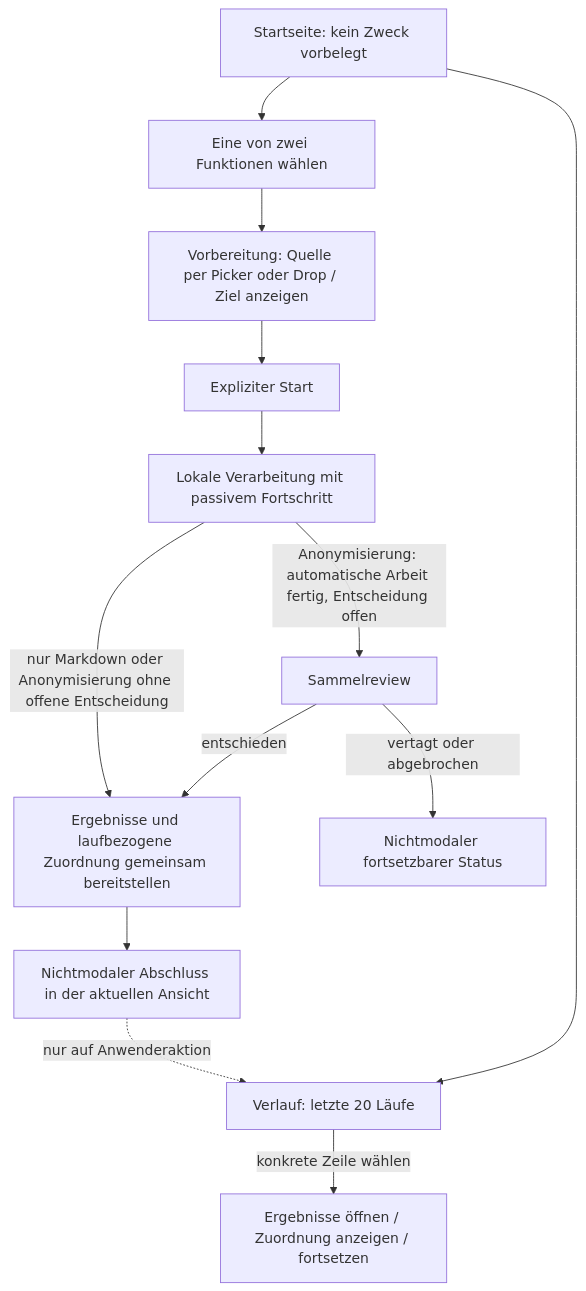
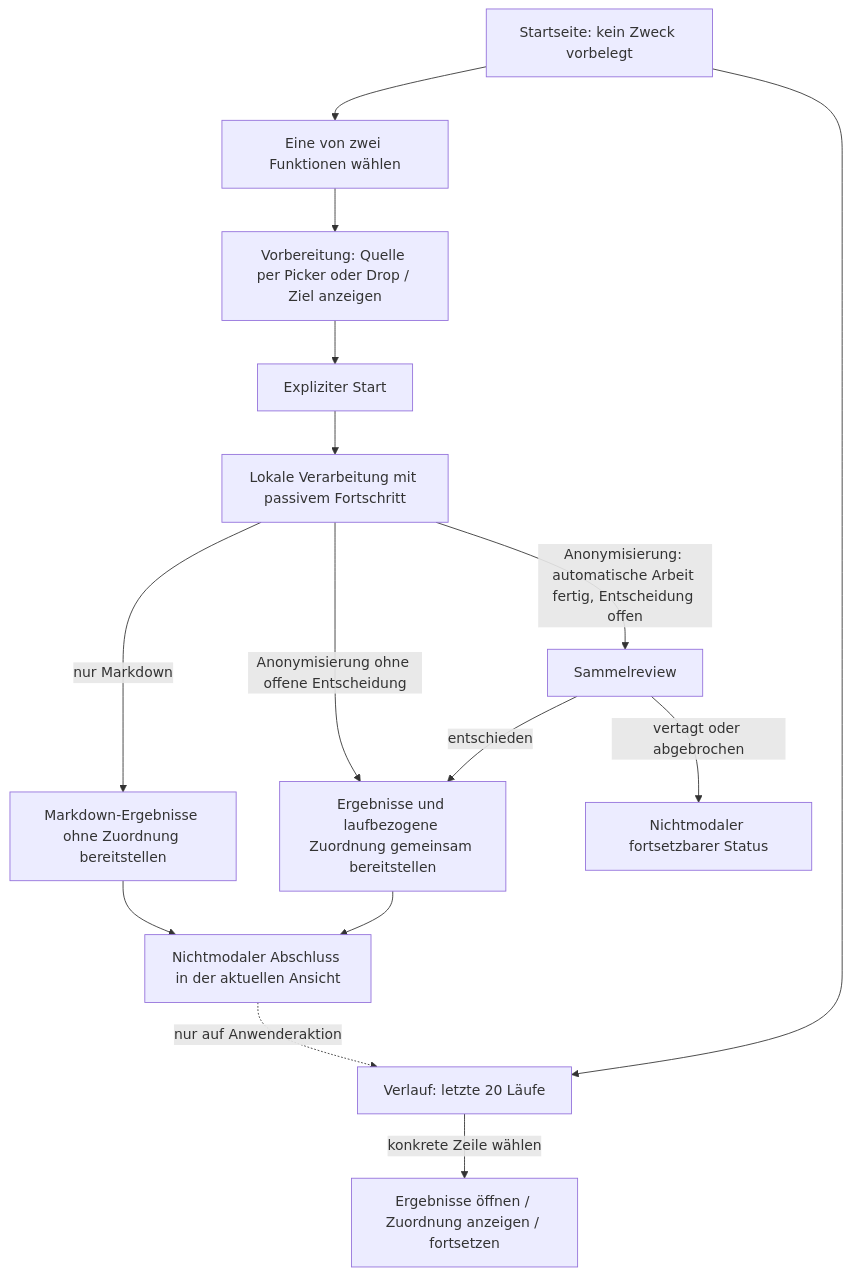
One commit to renepuhlmannarbeit/msg_gbh_DataSecure changed diagram 12 of 15 in docs/canonical/UML_ARCHITECTURE.md. Above: the diagram before and after it, drawn with Mermaid. The commit also changed other lines of this file and 161 other files, not shown here.

````diff
--- a/docs/canonical/UML_ARCHITECTURE.md
+++ b/docs/canonical/UML_ARCHITECTURE.md
@@ -503,15 +503,17 @@
 ```mermaid
 flowchart TD
   Home[Startseite: kein Zweck vorbelegt] --> Purpose[Eine von zwei Funktionen wählen]
   Purpose --> Pick[Vorbereitung: Quelle per Picker oder Drop / Ziel anzeigen]
   Pick --> Start[Expliziter Start]
   Start --> Work[Lokale Verarbeitung mit passivem Fortschritt]
-  Work -->|nur Markdown oder Anonymisierung ohne offene Entscheidung| Map[Ergebnisse und laufbezogene Zuordnung gemeinsam bereitstellen]
+  Work -->|nur Markdown| Converted[Markdown-Ergebnisse ohne Zuordnung bereitstellen]
+  Work -->|Anonymisierung ohne offene Entscheidung| Map[Ergebnisse und laufbezogene Zuordnung gemeinsam bereitstellen]
   Work -->|Anonymisierung: automatische Arbeit fertig, Entscheidung offen| Review[Sammelreview]
   Review -->|entschieden| Map
   Review -->|vertagt oder abgebrochen| Paused[Nichtmodaler fortsetzbarer Status]
-  Map --> Done[Nichtmodaler Abschluss in der aktuellen Ansicht]
+  Converted --> Done[Nichtmodaler Abschluss in der aktuellen Ansicht]
+  Map --> Done
   Home --> History[Verlauf: letzte 20 Läufe]
   Done -.->|nur auf Anwenderaktion| History
   History -->|konkrete Zeile wählen| Open[Ergebnisse öffnen / Zuordnung anzeigen / fortsetzen]
 ```
````
